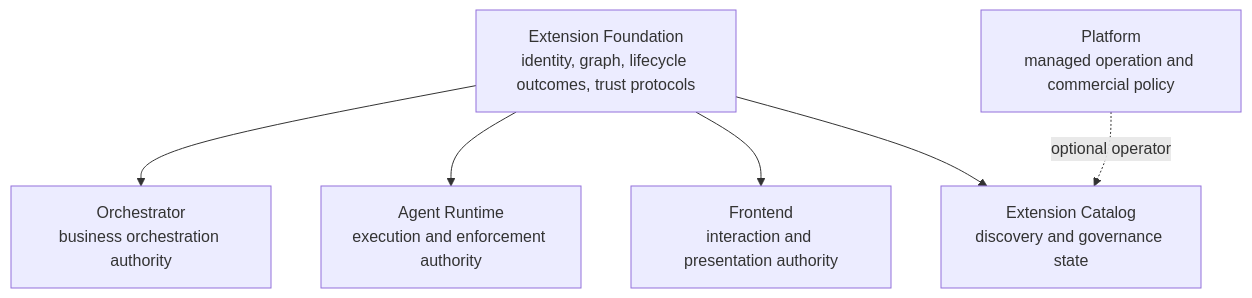
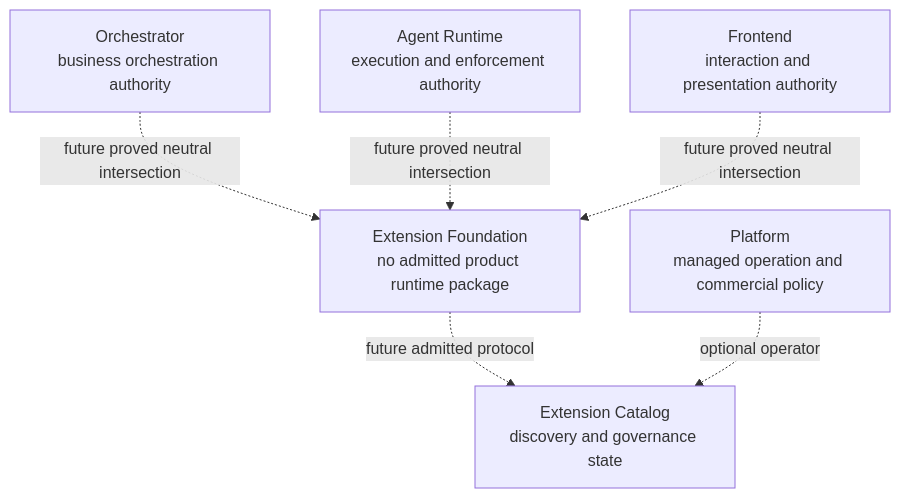
The first of 3 diagrams in docs/qualification/universal-module-extension-system/product-adoption.md (agent-teams-ai/extension-foundation), drawn with Mermaid before and after one commit. The commit also changed other lines of this file and 24 other files, not shown here.

Commit message:
docs(qualification): harden module architecture evidence

````diff
--- a/docs/qualification/universal-module-extension-system/product-adoption.md
+++ b/docs/qualification/universal-module-extension-system/product-adoption.md
@@ -18,15 +19,15 @@
 ```mermaid
 flowchart TB
-    Foundation["Extension Foundation<br/>identity, graph, lifecycle outcomes, trust protocols"]
+    Foundation["Extension Foundation<br/>no admitted product runtime package"]
     O["Orchestrator<br/>business orchestration authority"]
     AR["Agent Runtime<br/>execution and enforcement authority"]
     UI["Frontend<br/>interaction and presentation authority"]
     Catalog["Extension Catalog<br/>discovery and governance state"]
     Platform["Platform<br/>managed operation and commercial policy"]
 
-    Foundation --> O
-    Foundation --> AR
-    Foundation --> UI
-    Foundation --> Catalog
+    O -. future proved neutral intersection .-> Foundation
+    AR -. future proved neutral intersection .-> Foundation
+    UI -. future proved neutral intersection .-> Foundation
+    Foundation -. future admitted protocol .-> Catalog
     Platform -. optional operator .-> Catalog
 ```
````
